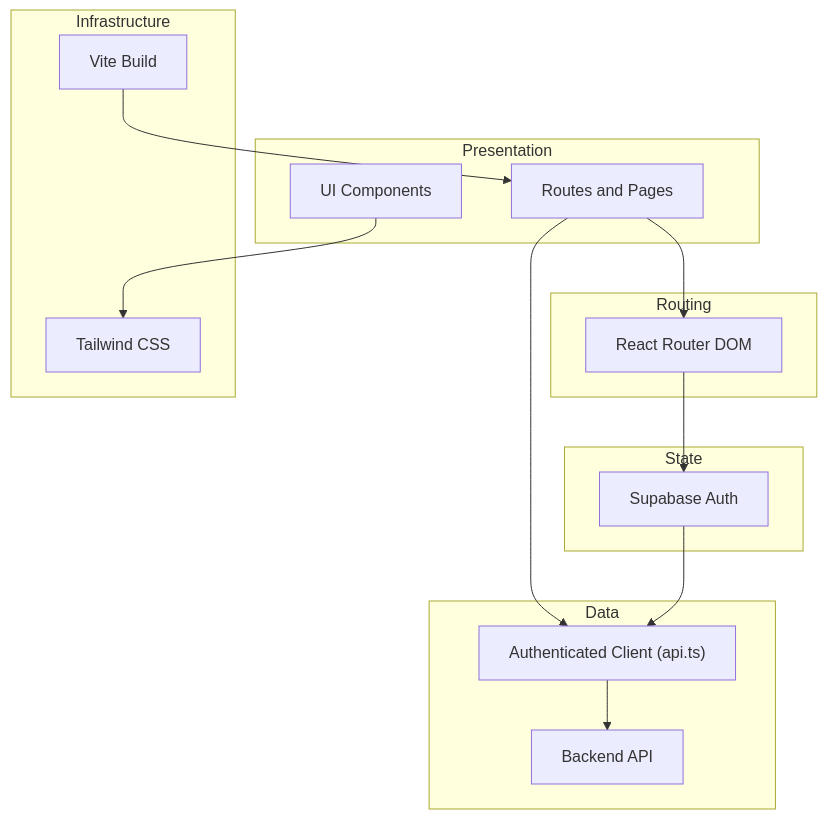
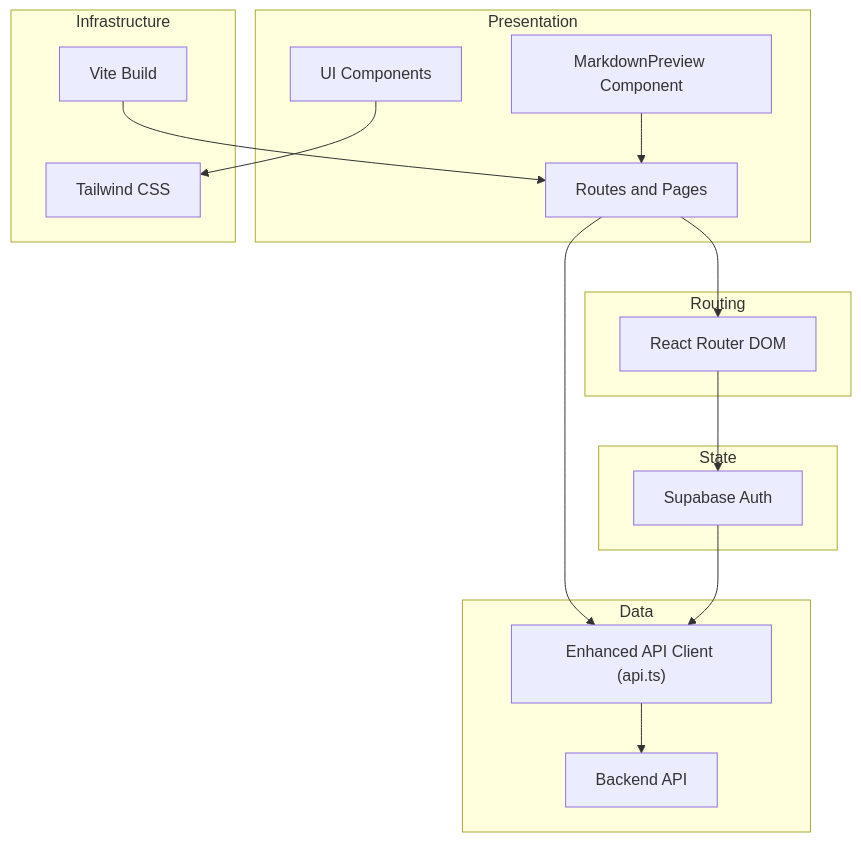
Before and after one commit to sankaL/resume-app: the second of 10 diagrams in .qoder/repowiki/en/content/Frontend Application/Frontend Application.md, drawn with Mermaid. The commit also changed other lines of this file and 19 other files, not shown here.

````diff
--- a/.qoder/repowiki/en/content/Frontend Application/Frontend Application.md
+++ b/.qoder/repowiki/en/content/Frontend Application/Frontend Application.md
@@ -133,28 +144,30 @@
 ```mermaid
 graph TB
 subgraph "Presentation"
 R["Routes and Pages"]
 U["UI Components"]
+MP["MarkdownPreview Component"]
 end
 subgraph "Routing"
 RR["React Router DOM"]
 end
 subgraph "State"
 SR["Supabase Auth"]
 end
 subgraph "Data"
-AC["Authenticated Client (api.ts)"]
+AC["Enhanced API Client (api.ts)"]
 BE["Backend API"]
 end
 subgraph "Infrastructure"
 TW["Tailwind CSS"]
 VT["Vite Build"]
 end
 R --> RR
 U --> TW
+MP --> R
 RR --> SR
 R --> AC
 AC --> BE
 SR --> AC
 VT --> R
 ```
````
